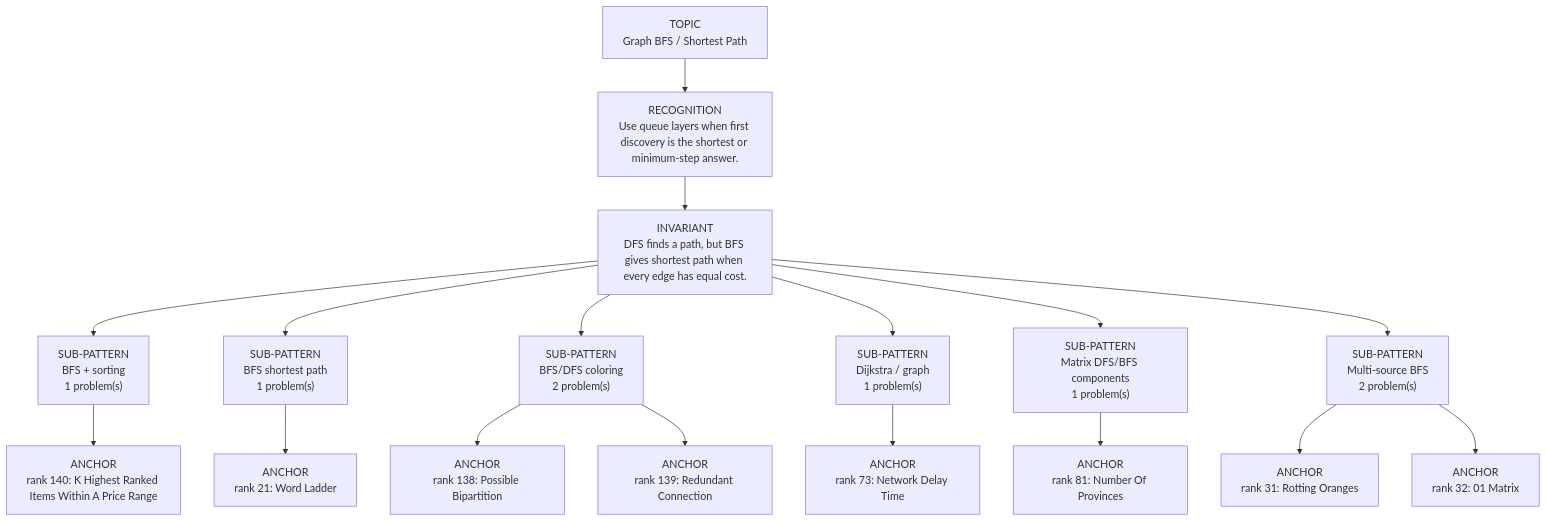
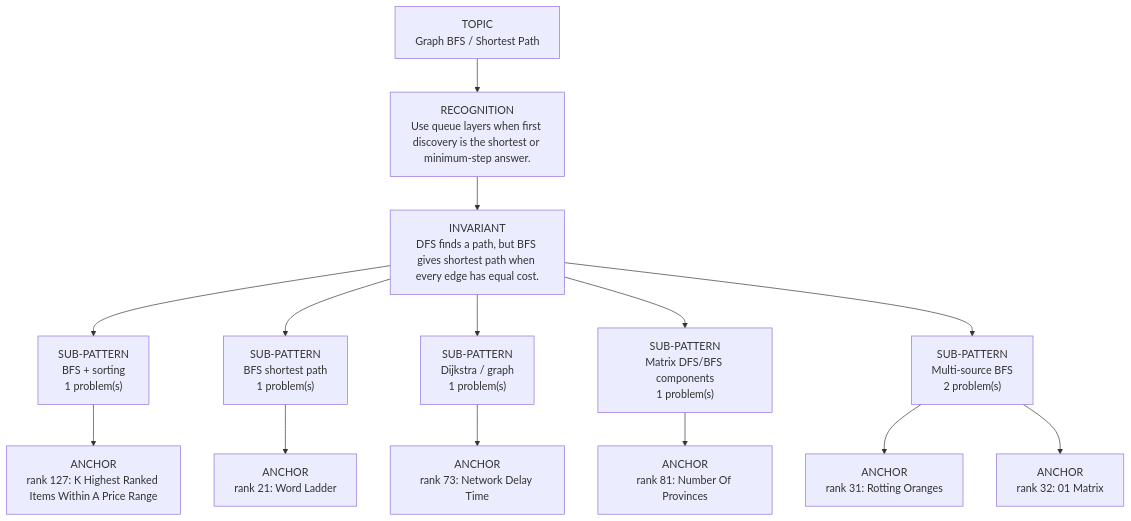
The diagram in dsa-review/interview/patterns/11_graph_bfs.md (thechiranjeevjain/DSA10days), drawn with Mermaid before and after one commit. The commit also changed other lines of this file and 28 other files, not shown here.

````diff
--- a/dsa-review/interview/patterns/11_graph_bfs.md
+++ b/dsa-review/interview/patterns/11_graph_bfs.md
@@ -15,21 +15,18 @@
 ```mermaid
 flowchart TD
   Topic["TOPIC<br/>Graph BFS / Shortest Path"]
   Recognition["RECOGNITION<br/>Use queue layers when first discovery is the shortest or minimum-step answer."]
   Invariant["INVARIANT<br/>DFS finds a path, but BFS gives shortest path when every edge has equal cost."]
   Topic --> Recognition --> Invariant
   Invariant --> Sub01["SUB-PATTERN<br/>BFS + sorting<br/>1 problem(s)"]
-  Sub01 --> Sub01A01["ANCHOR<br/>rank 140: K Highest Ranked Items Within A Price Range"]
+  Sub01 --> Sub01A01["ANCHOR<br/>rank 127: K Highest Ranked Items Within A Price Range"]
   Invariant --> Sub02["SUB-PATTERN<br/>BFS shortest path<br/>1 problem(s)"]
   Sub02 --> Sub02A01["ANCHOR<br/>rank 21: Word Ladder"]
-  Invariant --> Sub03["SUB-PATTERN<br/>BFS/DFS coloring<br/>2 problem(s)"]
-  Sub03 --> Sub03A01["ANCHOR<br/>rank 138: Possible Bipartition"]
-  Sub03 --> Sub03A02["ANCHOR<br/>rank 139: Redundant Connection"]
-  Invariant --> Sub04["SUB-PATTERN<br/>Dijkstra / graph<br/>1 problem(s)"]
-  Sub04 --> Sub04A01["ANCHOR<br/>rank 73: Network Delay Time"]
-  Invariant --> Sub05["SUB-PATTERN<br/>Matrix DFS/BFS components<br/>1 problem(s)"]
-  Sub05 --> Sub05A01["ANCHOR<br/>rank 81: Number Of Provinces"]
-  Invariant --> Sub06["SUB-PATTERN<br/>Multi-source BFS<br/>2 problem(s)"]
-  Sub06 --> Sub06A01["ANCHOR<br/>rank 31: Rotting Oranges"]
-  Sub06 --> Sub06A02["ANCHOR<br/>rank 32: 01 Matrix"]
+  Invariant --> Sub03["SUB-PATTERN<br/>Dijkstra / graph<br/>1 problem(s)"]
+  Sub03 --> Sub03A01["ANCHOR<br/>rank 73: Network Delay Time"]
+  Invariant --> Sub04["SUB-PATTERN<br/>Matrix DFS/BFS components<br/>1 problem(s)"]
+  Sub04 --> Sub04A01["ANCHOR<br/>rank 81: Number Of Provinces"]
+  Invariant --> Sub05["SUB-PATTERN<br/>Multi-source BFS<br/>2 problem(s)"]
+  Sub05 --> Sub05A01["ANCHOR<br/>rank 31: Rotting Oranges"]
+  Sub05 --> Sub05A02["ANCHOR<br/>rank 32: 01 Matrix"]
 ```
````
